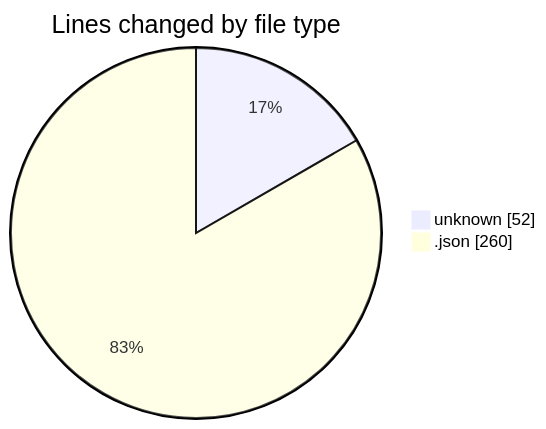
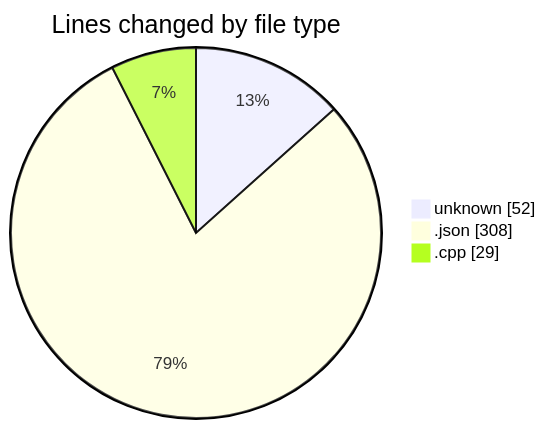
Before and after one commit to Netris89/code-tracking: the first of 2 diagrams in 2025-03-26/echo/README.md, drawn with Mermaid. The commit also changed other lines of this file and 1 other file, not shown here.

````diff
--- a/2025-03-26/echo/README.md
+++ b/2025-03-26/echo/README.md
@@ -21,6 +24,7 @@
 ```mermaid
 pie showData
 title Lines changed by file type
 "unknown" : 52
-".json" : 260
+".json" : 308
+".cpp" : 29
 ```
````
